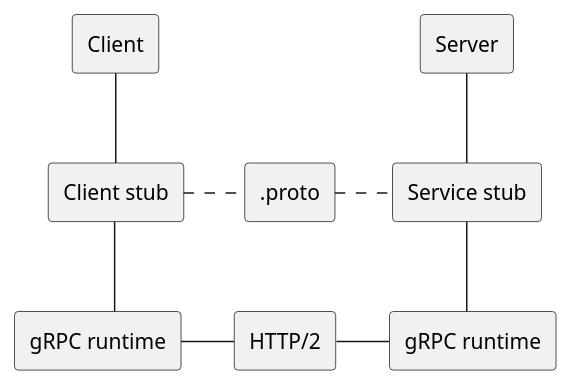
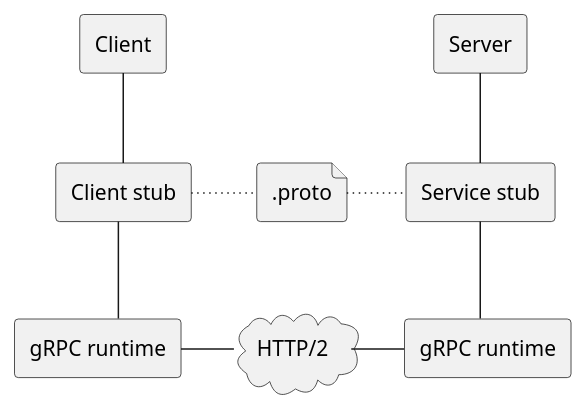
The diagram in _raw/example1/images/RPC.puml (c0p4c4b4n4/grpc-grpc-java), drawn with PlantUML before and after one commit. The commit also changed 1 other file, not shown here.

```diff
--- a/_raw/example1/images/RPC.puml
+++ b/_raw/example1/images/RPC.puml
@@ -1,28 +1,28 @@
 @startuml
 
 skinparam linetype ortho
 
 rectangle "Client" as C1
 rectangle "Client stub" as C2
 rectangle "gRPC runtime" as C3
 
 rectangle "Server" as S1
 rectangle "Service stub" as S2
 rectangle "gRPC runtime" as S3
 
-rectangle ".proto" as P
-rectangle "HTTP/2" as H
+file ".proto" as P
+cloud "HTTP/2" as H
 
 C1 -down- C2
 C2 -down- C3
 
 S1 -down- S2
 S2 -down- S3
 
-C2 ..right.. P
-P ..right.. S2
+C2 --[dotted]right-- P
+P --[dotted]right-- S2
 
 C3 -right- H
 H -right- S3
 
 @enduml
```
